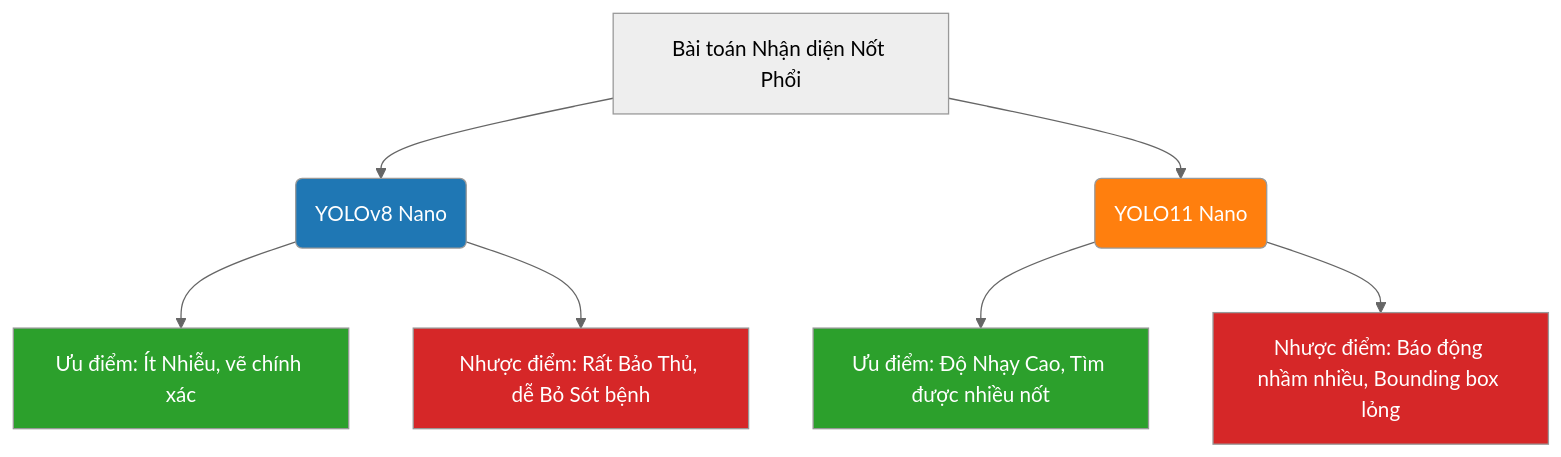
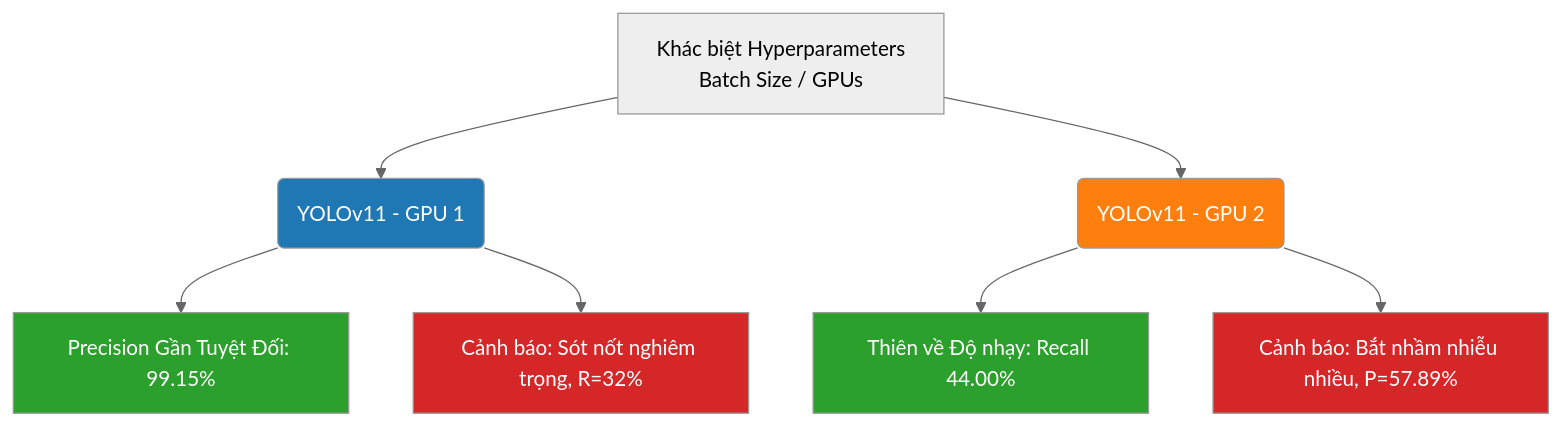
One commit to 17TvT01/NCUTP changed the diagram in report/evaluation_report.md. Above: the diagram before and after it, drawn with Mermaid (neutral theme). The commit also changed other lines of this file and 4 other files, not shown here.

````diff
--- a/report/evaluation_report.md
+++ b/report/evaluation_report.md
@@ -32,16 +45,16 @@
 ```mermaid
 graph TD
-    classDef v8 fill:#1f77b4,color:white;
-    classDef v11 fill:#ff7f0e,color:white;
-    classDef cons fill:#d62728,color:white;
-    classDef pros fill:#2ca02c,color:white;
+    classDef gpu1 fill:#1f77b4,color:white;
+    classDef gpu2 fill:#ff7f0e,color:white;
+    classDef attr fill:#2ca02c,color:white;
+    classDef warn fill:#d62728,color:white;
 
-    A[Bài toán Nhận diện Nốt Phổi] --> B(YOLOv8 Nano)
-    A --> C(YOLO11 Nano)
+    A[Khác biệt Hyperparameters <br>Batch Size / GPUs] --> B(YOLOv11 - GPU 1)
+    A --> C(YOLOv11 - GPU 2)
 
-    B:::v8 --> B1[Ưu điểm: Ít Nhiễu, vẽ chính xác]:::pros
-    B:::v8 --> B2[Nhược điểm: Rất Bảo Thủ, dễ Bỏ Sót bệnh]:::cons
+    B:::gpu1 --> B1[Precision Gần Tuyệt Đối: 99.15%]:::attr
+    B:::gpu1 --> B2[Cảnh báo: Sót nốt nghiêm trọng, R=32%]:::warn
 
-    C:::v11 --> C1[Ưu điểm: Độ Nhạy Cao, Tìm được nhiều nốt]:::pros
-    C:::v11 --> C2[Nhược điểm: Báo động nhầm nhiều, Bounding box lỏng]:::cons
+    C:::gpu2 --> C1[Thiên về Độ nhạy: Recall 44.00%]:::attr
+    C:::gpu2 --> C2[Cảnh báo: Bắt nhầm nhiễu nhiều, P=57.89%]:::warn
 ```
````
